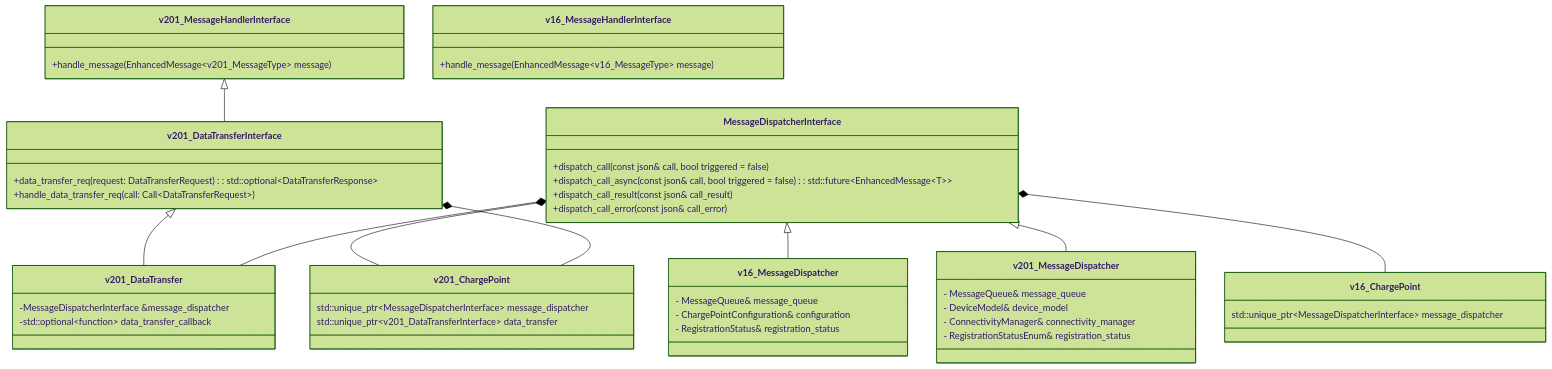
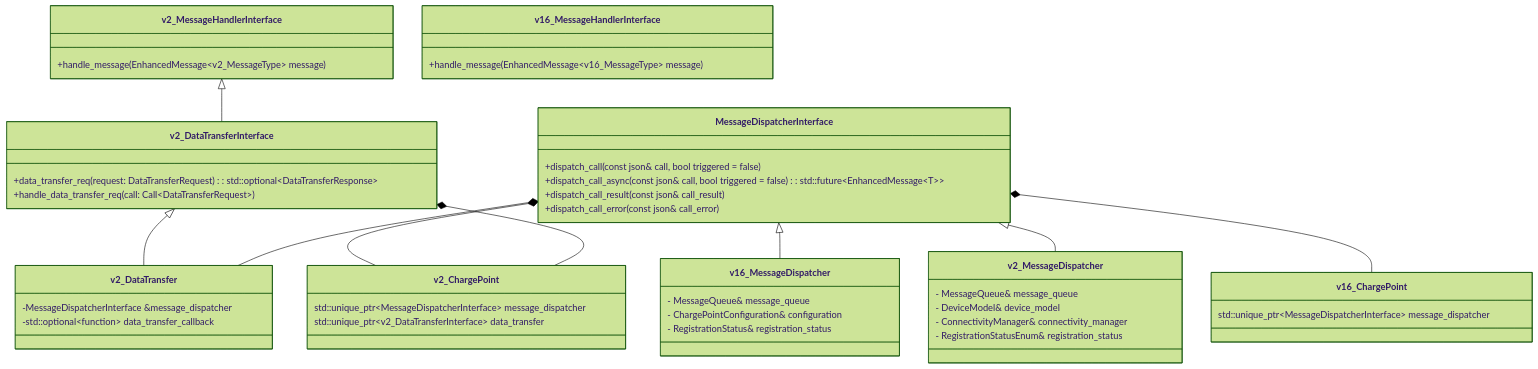
The diagram in doc/message_dispatching.md (EVerest/everest-core), drawn with Mermaid (forest theme) before and after one commit. The commit also changed 269 other files, not shown here.

````diff
--- a/doc/message_dispatching.md
+++ b/doc/message_dispatching.md
@@ -3,58 +3,58 @@
 ```mermaid
 classDiagram
 class MessageDispatcherInterface {
     +dispatch_call(const json& call, bool triggered = false)
     +dispatch_call_async(const json& call, bool triggered = false): std::future~EnhancedMessage~T~~
     +dispatch_call_result(const json& call_result)
     +dispatch_call_error(const json& call_error)
 }
 
 class v16_MessageDispatcher {
     - MessageQueue& message_queue
     - ChargePointConfiguration& configuration
     - RegistrationStatus& registration_status
 }
 
-class v201_MessageDispatcher {
+class v2_MessageDispatcher {
     - MessageQueue& message_queue
     - DeviceModel& device_model
     - ConnectivityManager& connectivity_manager
     - RegistrationStatusEnum& registration_status
 }
 
-class v201_MessageHandlerInterface {
-    +handle_message(EnhancedMessage~v201_MessageType~ message)
+class v2_MessageHandlerInterface {
+    +handle_message(EnhancedMessage~v2_MessageType~ message)
 }
 
 class v16_MessageHandlerInterface {
     +handle_message(EnhancedMessage~v16_MessageType~ message)
 }
 
-class v201_DataTransferInterface {
+class v2_DataTransferInterface {
     +data_transfer_req(request: DataTransferRequest): std::optional~DataTransferResponse~
     +handle_data_transfer_req(call: Call~DataTransferRequest~)
 }
 
-class v201_DataTransfer {
+class v2_DataTransfer {
     -MessageDispatcherInterface &message_dispatcher
     -std::optional~function~ data_transfer_callback
 }
 
-class v201_ChargePoint {
+class v2_ChargePoint {
     std::unique_ptr~MessageDispatcherInterface~ message_dispatcher
-    std::unique_ptr~v201_DataTransferInterface~ data_transfer
+    std::unique_ptr~v2_DataTransferInterface~ data_transfer
 }
 
 class v16_ChargePoint {
     std::unique_ptr~MessageDispatcherInterface~ message_dispatcher
 }
 
 MessageDispatcherInterface <|-- v16_MessageDispatcher  
-MessageDispatcherInterface <|-- v201_MessageDispatcher
-v201_DataTransferInterface <|-- v201_DataTransfer
-v201_MessageHandlerInterface <|-- v201_DataTransferInterface
-MessageDispatcherInterface *-- v201_DataTransfer
-MessageDispatcherInterface *-- v201_ChargePoint
-v201_DataTransferInterface *-- v201_ChargePoint
+MessageDispatcherInterface <|-- v2_MessageDispatcher
+v2_DataTransferInterface <|-- v2_DataTransfer
+v2_MessageHandlerInterface <|-- v2_DataTransferInterface
+MessageDispatcherInterface *-- v2_DataTransfer
+MessageDispatcherInterface *-- v2_ChargePoint
+v2_DataTransferInterface *-- v2_ChargePoint
 MessageDispatcherInterface *-- v16_ChargePoint
 ```
````
